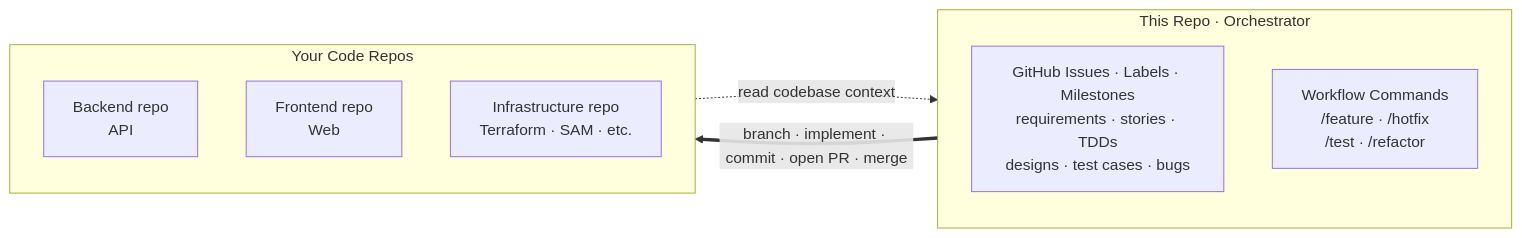
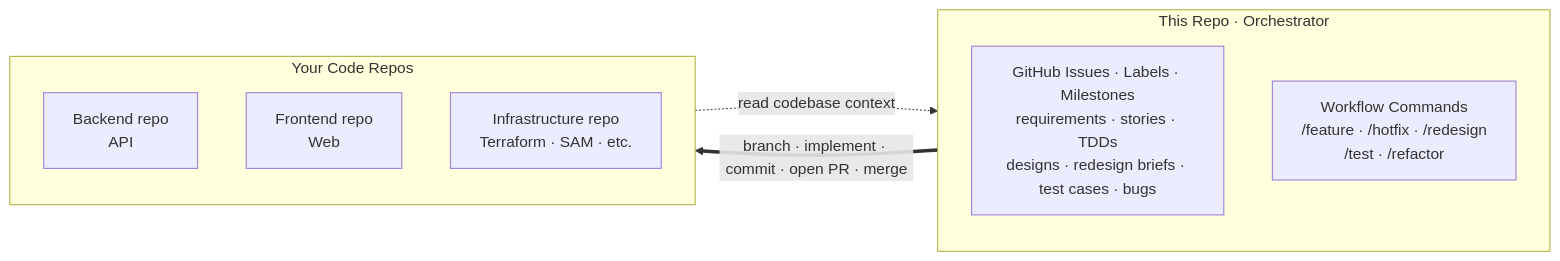
Before and after one commit to simpscal/notism: the first of 7 diagrams in README.md, drawn with Mermaid. The commit also changed other lines of this file and 32 other files, not shown here.

First line of the commit message:
feat(redesign): add UI redesign workflow and shared design skills

````diff
--- a/README.md
+++ b/README.md
@@ -19,18 +19,18 @@
 ```mermaid
 flowchart LR
     subgraph ORCH["This Repo · Orchestrator"]
         direction TB
-        ISSUES["GitHub Issues · Labels · Milestones<br/>requirements · stories · TDDs<br/>designs · test cases · bugs"]
-        FLOWS["Workflow Commands<br/>/feature · /hotfix<br/>/test · /refactor"]
+        ISSUES["GitHub Issues · Labels · Milestones<br/>requirements · stories · TDDs<br/>designs · redesign briefs · test cases · bugs"]
+        FLOWS["Workflow Commands<br/>/feature · /hotfix · /redesign<br/>/test · /refactor"]
     end
 
     subgraph TARGETS["Your Code Repos"]
         direction TB
         BE["Backend repo<br/>API"]
         FE["Frontend repo<br/>Web"]
         IN["Infrastructure repo<br/>Terraform · SAM · etc."]
     end
 
     ORCH ==>|"branch · implement · commit · open PR · merge"| TARGETS
     TARGETS -.->|"read codebase context"| ORCH
 ```
````
